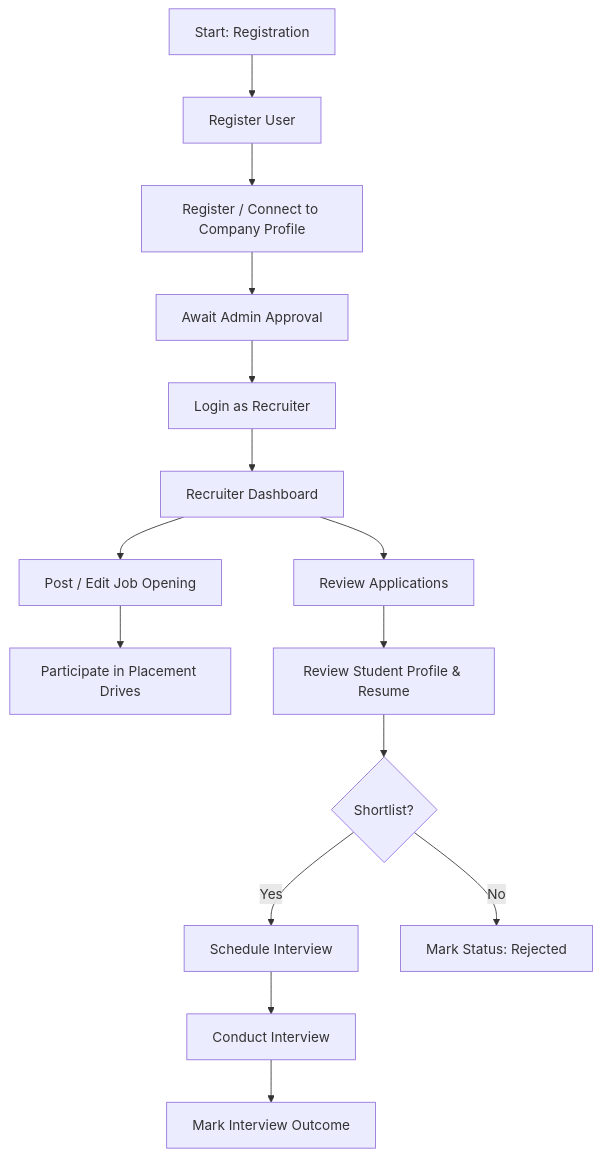
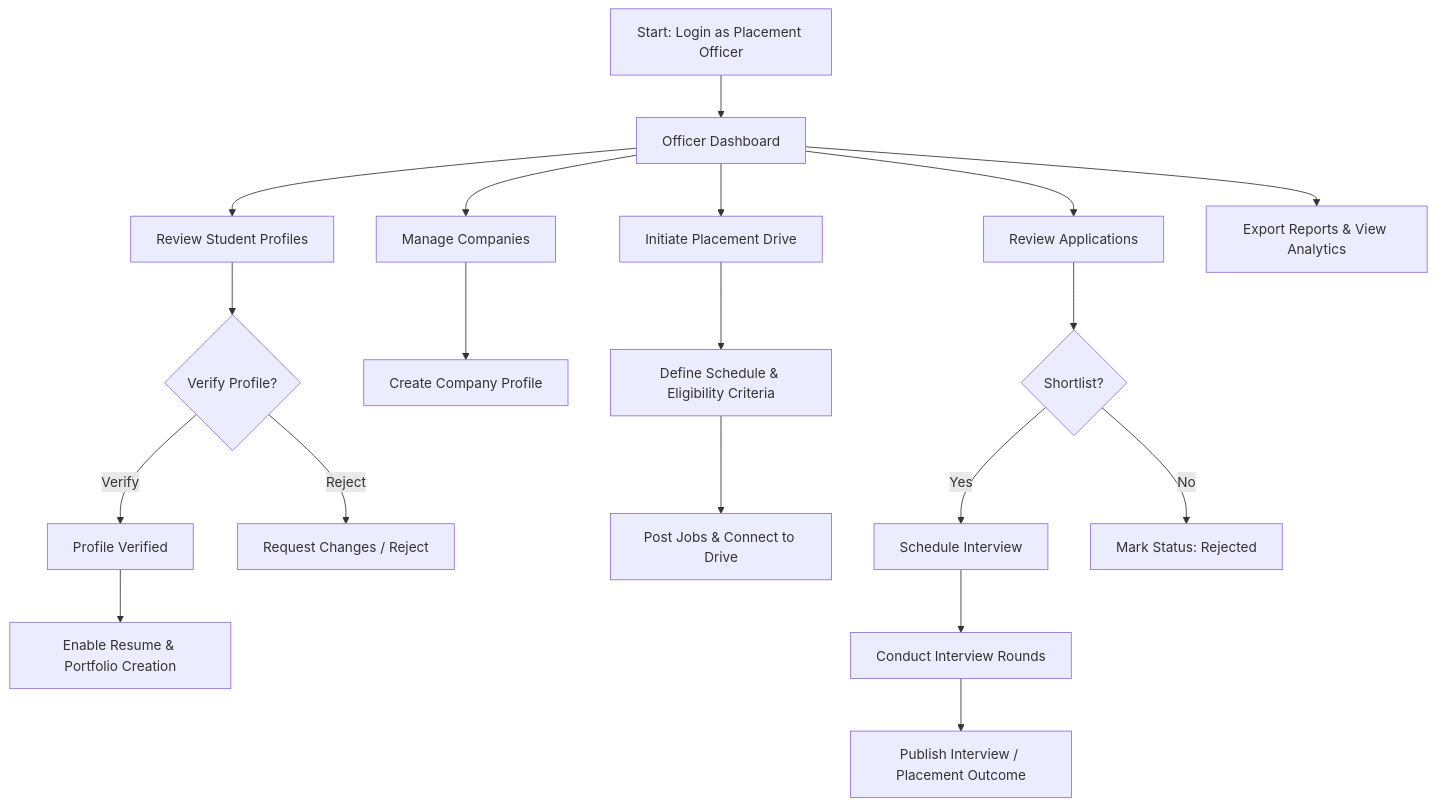
The second of 7 diagrams in architecture_and_design.md (akshaiselvaraj/Placement-Portal), drawn with Mermaid before and after one commit. The commit also changed other lines of this file and 8 other files, not shown here.

Commit message:
officer  dashboard data

````diff
--- a/architecture_and_design.md
+++ b/architecture_and_design.md
@@ -38,17 +58,21 @@
 ```mermaid
 graph TD
-    A[Start: Registration] --> B[Register User]
-    B --> C[Register / Connect to Company Profile]
-    C --> D[Await Admin Approval]
-    D --> E[Login as Recruiter]
-    E --> F[Recruiter Dashboard]
-    F --> G[Post / Edit Job Opening]
-    G --> H[Participate in Placement Drives]
-    F --> I[Review Applications]
-    I --> J[Review Student Profile & Resume]
-    J --> K{Shortlist?}
-    K -- Yes --> L[Schedule Interview]
-    K -- No --> M[Mark Status: Rejected]
-    L --> N[Conduct Interview]
-    N --> O[Mark Interview Outcome]
+    A[Start: Login as Placement Officer] --> B[Officer Dashboard]
+    B --> C[Review Student Profiles]
+    C --> D{Verify Profile?}
+    D -- Verify --> E[Profile Verified]
+    D -- Reject --> F[Request Changes / Reject]
+    E --> G[Enable Resume & Portfolio Creation]
+    B --> H[Manage Companies]
+    H --> H1[Create Company Profile]
+    B --> I[Initiate Placement Drive]
+    I --> I1[Define Schedule & Eligibility Criteria]
+    I1 --> J[Post Jobs & Connect to Drive]
+    B --> K[Review Applications]
+    K --> L{Shortlist?}
+    L -- Yes --> M[Schedule Interview]
+    L -- No --> N[Mark Status: Rejected]
+    M --> O[Conduct Interview Rounds]
+    O --> P[Publish Interview / Placement Outcome]
+    B --> Q[Export Reports & View Analytics]
 ```
````
